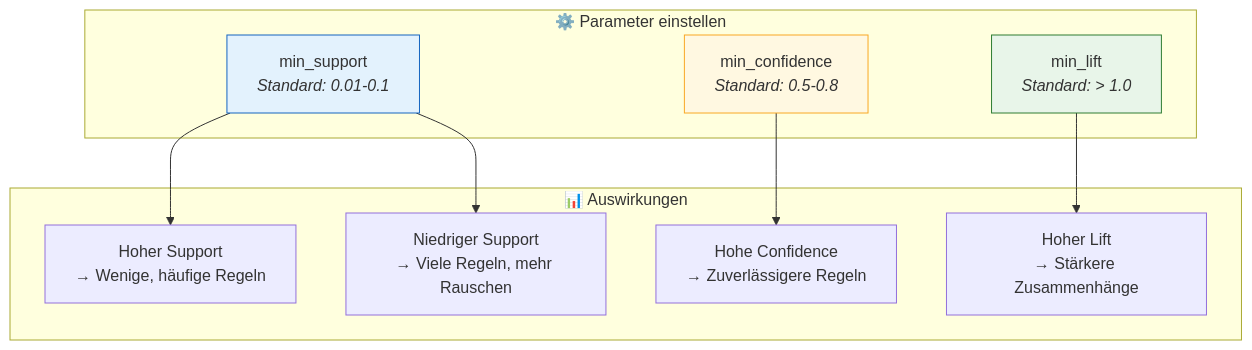
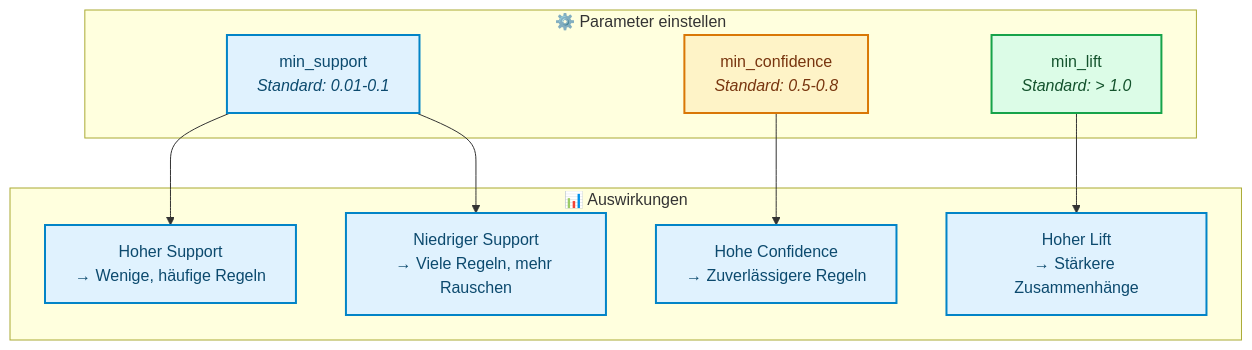
Before and after one commit to ralf-42/ML_Intro: the fifth of 5 diagrams in docs/concepts/modeling/apriori.md, drawn with Mermaid. The commit also changed other lines of this file and 67 other files, not shown here.

````diff
--- a/docs/concepts/modeling/apriori.md
+++ b/docs/concepts/modeling/apriori.md
@@ -231,24 +238,26 @@
 ```mermaid
 flowchart TB
     subgraph Parameter["⚙️ Parameter einstellen"]
         MS["min_support<br><i>Standard: 0.01-0.1</i>"]
         MC["min_confidence<br><i>Standard: 0.5-0.8</i>"]
         ML["min_lift<br><i>Standard: > 1.0</i>"]
     end
     
     subgraph Auswirkung["📊 Auswirkungen"]
         HS["Hoher Support<br>→ Wenige, häufige Regeln"]
         LS["Niedriger Support<br>→ Viele Regeln, mehr Rauschen"]
         HC["Hohe Confidence<br>→ Zuverlässigere Regeln"]
         HL["Hoher Lift<br>→ Stärkere Zusammenhänge"]
     end
     
     MS --> HS
     MS --> LS
     MC --> HC
     ML --> HL
-    
-    style MS fill:#e3f2fd,stroke:#1565c0
-    style MC fill:#fff8e1,stroke:#f9a825
-    style ML fill:#e8f5e9,stroke:#2e7d32
+
+    classDef default fill:#e0f2fe,stroke:#0284c7,stroke-width:2px,color:#0c4a6e;
+    classDef metric fill:#fef3c7,stroke:#d97706,stroke-width:2px,color:#78350f;
+    classDef output fill:#dcfce7,stroke:#16a34a,stroke-width:2px,color:#14532d;
+    class MC metric;
+    class ML output;
 ```
````
